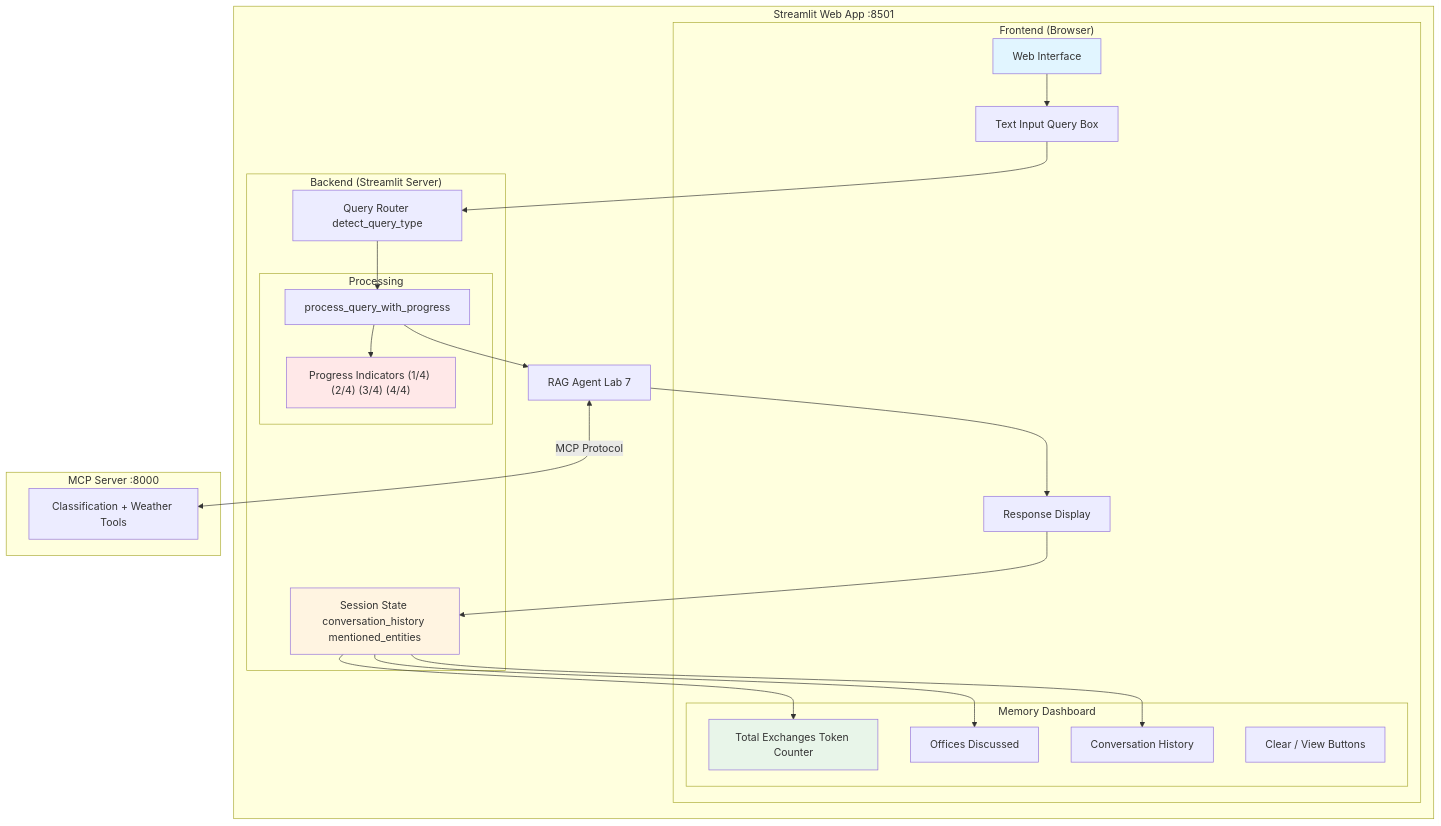
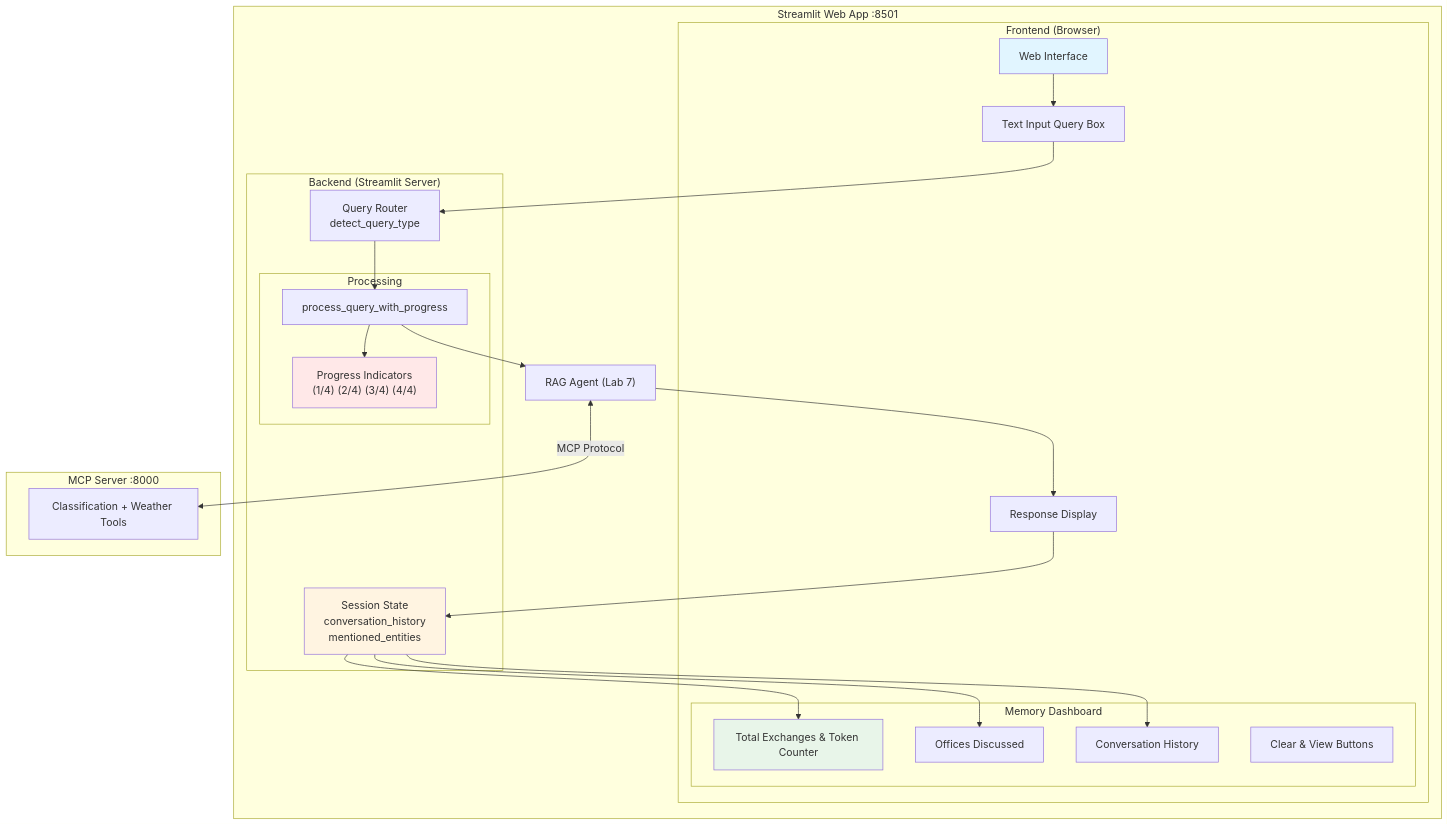
The first of 7 diagrams in docs/architecture-lab8.md (skillrepos/ai-3in1), drawn with Mermaid before and after one commit. The commit also changed other lines of this file, not shown here.

Commit message:
updates for lab 8

````diff
--- a/docs/architecture-lab8.md
+++ b/docs/architecture-lab8.md
@@ -8,50 +8,50 @@
 ```mermaid
 graph TB
     subgraph "Streamlit Web App :8501"
         subgraph "Frontend (Browser)"
             UI[Web Interface]
             Input[Text Input Query Box]
             Display[Response Display]
 
             subgraph "Memory Dashboard"
-                Metrics[Total Exchanges Token Counter]
-                Entities[Offices Discussed]
-                History[Conversation History]
-                Controls[Clear / View Buttons]
+                Metrics["Total Exchanges & Token Counter"]
+                Entities["Offices Discussed"]
+                History["Conversation History"]
+                Controls["Clear & View Buttons"]
             end
         end
 
         subgraph "Backend (Streamlit Server)"
-            Session[Session State conversation_history mentioned_entities]
+            Session["Session State<br/>conversation_history<br/>mentioned_entities"]
 
-            Router[Query Router detect_query_type]
+            Router["Query Router<br/>detect_query_type"]
 
             subgraph "Processing"
-                Progress["Progress Indicators (1/4) (2/4) (3/4) (4/4)"]
-                Processor[process_query_with_progress]
+                Progress["Progress Indicators<br/>(1/4) (2/4) (3/4) (4/4)"]
+                Processor["process_query_with_progress"]
             end
         end
 
         UI --> Input
         Input --> Router
         Router --> Processor
         Processor --> Progress
-        Processor --> Agent[RAG Agent Lab 7]
+        Processor --> Agent["RAG Agent (Lab 7)"]
         Agent --> Display
         Display --> Session
         Session --> Metrics
         Session --> Entities
         Session --> History
     end
 
     subgraph "MCP Server :8000"
-        MCPServer[Classification + Weather Tools]
+        MCPServer["Classification + Weather Tools"]
     end
 
     Agent <-->|MCP Protocol| MCPServer
 
     style UI fill:#e1f5ff
     style Session fill:#fff4e1
     style Metrics fill:#e8f5e9
     style Progress fill:#ffe8e8
 ```
````
